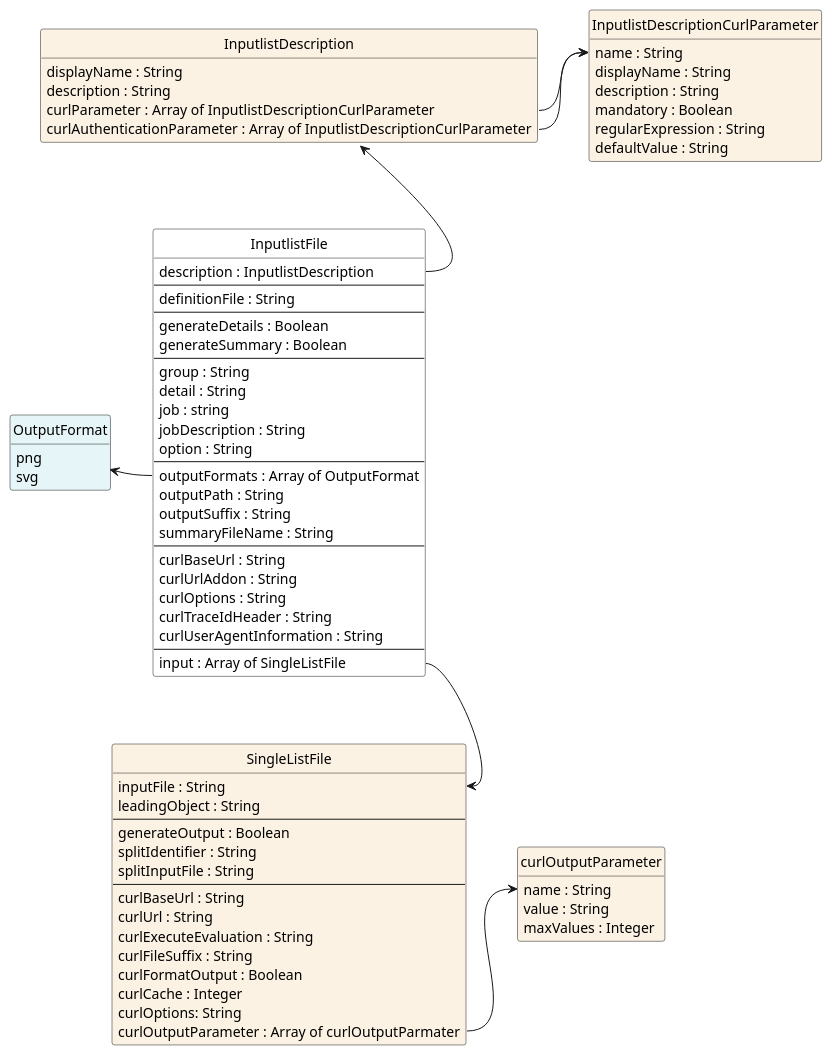
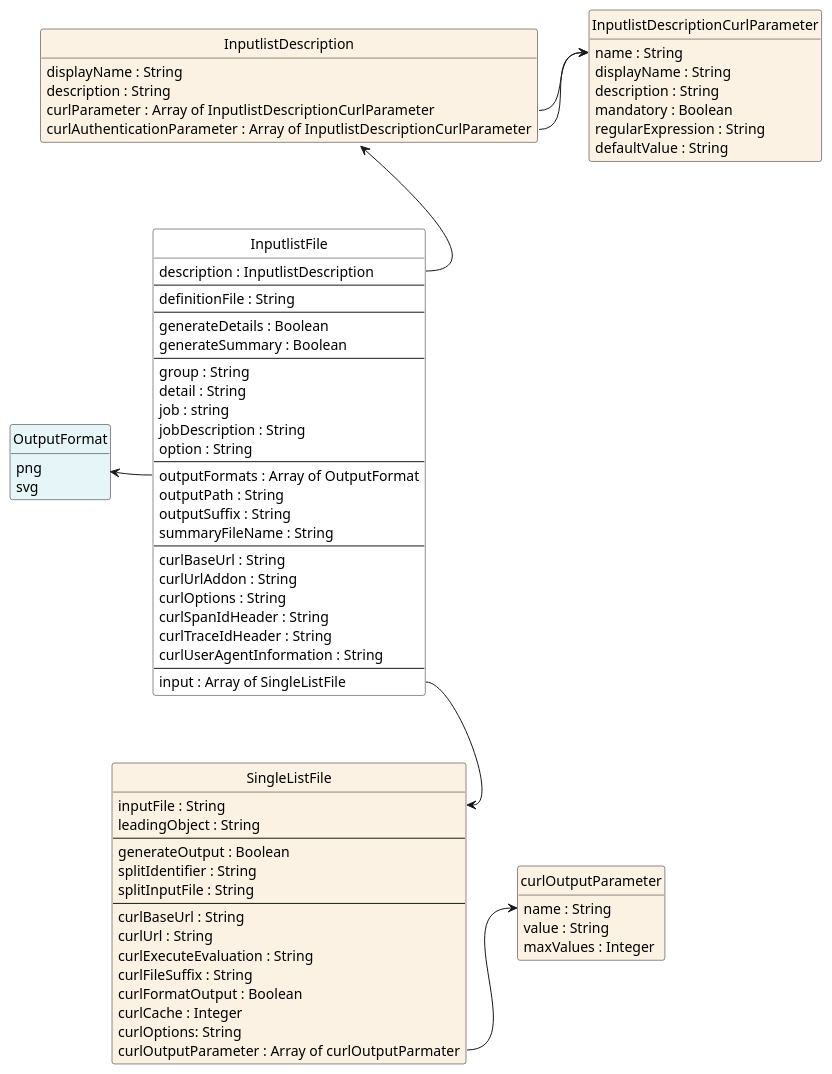
The diagram in documentation/models/listfile/listfile.puml (jfudickar/json2puml), drawn with PlantUML before and after one commit. The commit also changed 3 other files, not shown here.

```diff
--- a/documentation/models/listfile/listfile.puml
+++ b/documentation/models/listfile/listfile.puml
@@ -1,94 +1,95 @@
 @startuml
 hide circle
 hide methods
 hide stereotype
 'skinparam linetype polyline
 show <<Enumeration>> stereotype
 skinparam class {
    BackgroundColor<<Enumeration>> #E6F5F7
    BackgroundColor<<Ref>> #FFFFE0
    BackgroundColor<<Pivot>> #FFFFFFF
    BackgroundColor #FCF2E3
 }
 
 class OutputFormat <<Enumeration>> {
     png
     svg
 }
 
 class InputlistDescription {
     displayName : String
     description : String
     curlParameter : Array of InputlistDescriptionCurlParameter
     curlAuthenticationParameter : Array of InputlistDescriptionCurlParameter
 }
 
 class InputlistDescriptionCurlParameter {
     name : String
     displayName : String
     description : String
     mandatory : Boolean
     regularExpression : String
     defaultValue : String
 }
 
 class InputlistFile  <<Pivot>> {
   description : InputlistDescription
   --
   definitionFile : String
   --
   generateDetails : Boolean 
   generateSummary : Boolean
   --
   group : String
   detail : String
   job : string
   jobDescription : String
   option : String
   --
   outputFormats : Array of OutputFormat 
   outputPath : String
   outputSuffix : String
   summaryFileName : String
   --
   curlBaseUrl : String
   curlUrlAddon : String 
   curlOptions : String
+  curlSpanIdHeader : String
   curlTraceIdHeader : String
   curlUserAgentInformation : String
   --
   input : Array of SingleListFile
 }
 
 class curlOutputParameter {
     name : String
     value : String
     maxValues : Integer
 }
 
 class SingleListFile {
     inputFile : String
     leadingObject : String
     ---
 	generateOutput : Boolean
     splitIdentifier : String
     splitInputFile : String
     ---
     curlBaseUrl : String
     curlUrl : String
     curlExecuteEvaluation : String
     curlFileSuffix : String
     curlFormatOutput : Boolean
 	curlCache : Integer
     curlOptions: String
 	curlOutputParameter : Array of curlOutputParmater
 }
 
 InputlistFile::input --> SingleListFile::inputFile
 InputlistFile::outputFormats -left-> OutputFormat
 InputlistFile::description -up-> InputlistDescription
 InputlistDescription::curlParameter -right-> InputlistDescriptionCurlParameter::name
 InputlistDescription::curlAuthenticationParameter -right-> InputlistDescriptionCurlParameter::name
 SingleListFile::curlOutputParameter -right-> curlOutputParameter::name
 
 @enduml
```
